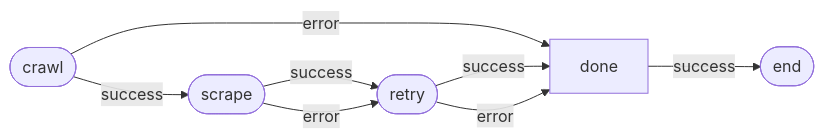
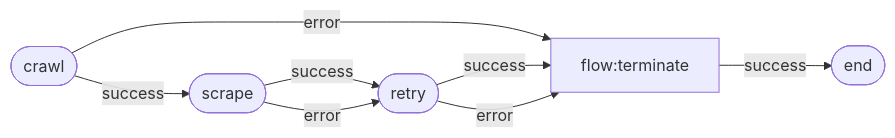
Before and after one commit to Studnicky/PathRipper: the diagram in docs/_generated/htmlScrapeDAGCrawl.mmd, drawn with Mermaid. The commit also changed 38 other files, not shown here.

```diff
--- a/docs/_generated/htmlScrapeDAGCrawl.mmd
+++ b/docs/_generated/htmlScrapeDAGCrawl.mmd
@@ -1,15 +1,15 @@
 flowchart LR
   %% htmlScrapeDAGCrawl (v2.0)
   crawl
   crawl([crawl])
   crawl -->|success| scrape
-  crawl -->|error| done
+  crawl -->|error| flow:terminate
   scrape([scrape])
   scrape -->|success| retry
   scrape -->|error| retry
   retry([retry])
-  retry -->|success| done
-  retry -->|error| done
-  done[done]
-  done -->|success| END
+  retry -->|success| flow:terminate
+  retry -->|error| flow:terminate
+  flow:terminate[flow:terminate]
+  flow:terminate -->|success| END
   END([end])
```
